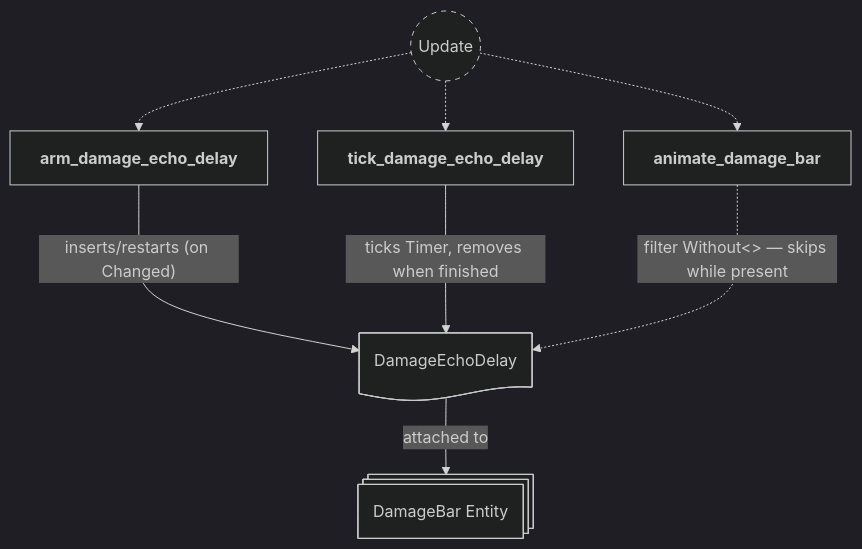
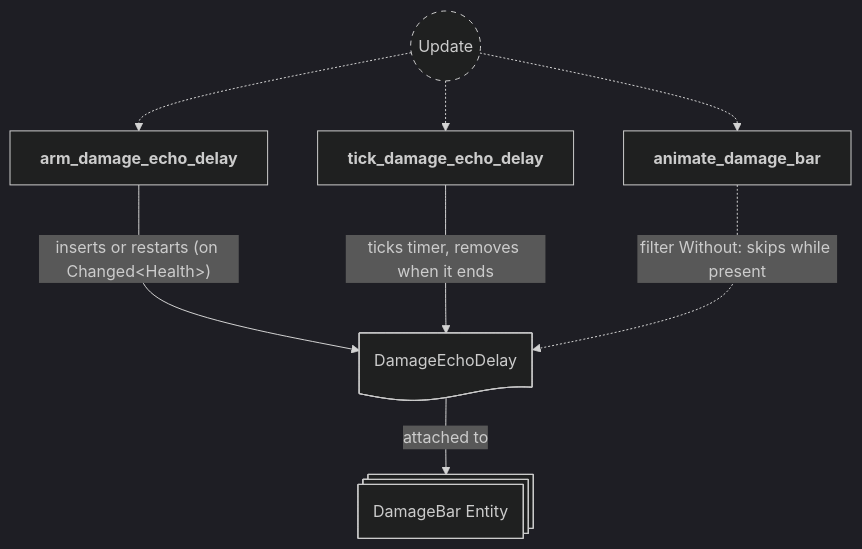
One commit to neurosoup/tyled changed diagram 22 of 22 in backlog/docs/doc-14 - 012-HUD-plugin.md. Above: the diagram before and after it, drawn with Mermaid. The commit also changed other lines of this file and 2 other files, not shown here.

````diff
--- a/backlog/docs/doc-14 - 012-HUD-plugin.md
+++ b/backlog/docs/doc-14 - 012-HUD-plugin.md
@@ -796,26 +837,26 @@
 ```mermaid
 ---
 config:
   theme: dark
 ---
 
 flowchart TD
 classDef system-group stroke-dasharray: 5 5
 
 update(("`Update`")):::system-group
 arm["`**arm_damage_echo_delay**`"]
 tick["`**tick_damage_echo_delay**`"]
 animate["`**animate_damage_bar**`"]
 
 update -.-> arm
 update -.-> tick
 update -.-> animate
 
 damage_bar_entity@{ shape: st-rect, label: "DamageBar Entity" }
 delay_component@{ shape: doc, label: "DamageEchoDelay" }
 
-arm ---> |"inserts/restarts (on Changed<Health>)"| delay_component
-tick ---> |ticks Timer, removes when finished| delay_component
+arm ---> |"inserts or restarts (on Changed#60;Health#62;)"| delay_component
+tick ---> |ticks timer, removes when it ends| delay_component
 delay_component --> |attached to| damage_bar_entity
-animate -..-> |"filter Without<> — skips while present"| delay_component
+animate -..-> |"filter Without: skips while present"| delay_component
 ```
````
